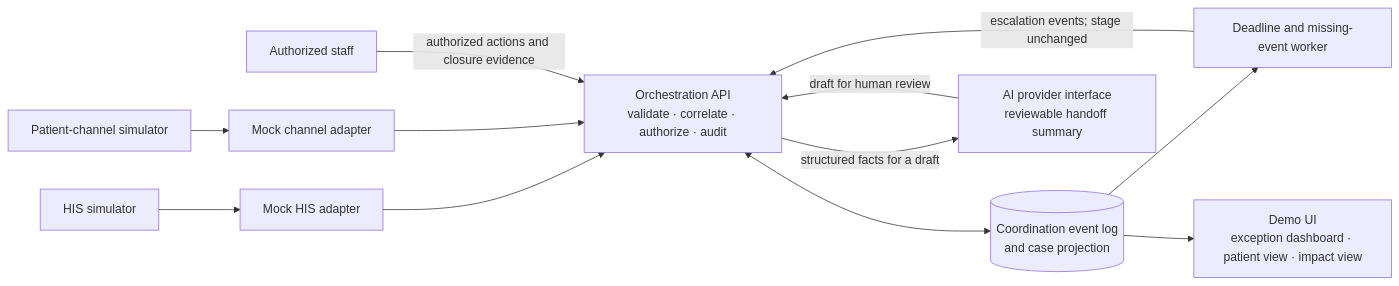
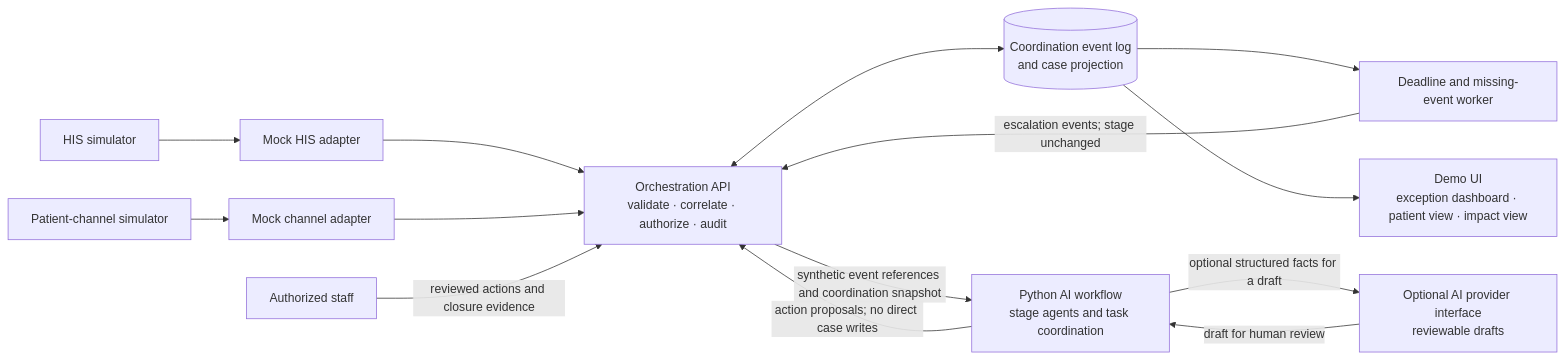
Before and after one commit to savannah-pulse/care-loop: the first of 2 diagrams in docs/architecture.md, drawn with Mermaid. The commit also changed other lines of this file and 34 other files, not shown here.

First line of the commit message:
Add Python AI workflow scaffold

````diff
--- a/docs/architecture.md
+++ b/docs/architecture.md
@@ -11,23 +11,26 @@
 ```mermaid
 flowchart LR
     HIS[HIS simulator]
     CHANNEL[Patient-channel simulator]
     HISADAPTER[Mock HIS adapter]
     CHANNELADAPTER[Mock channel adapter]
     API[Orchestration API<br/>validate · correlate · authorize · audit]
     STORE[(Coordination event log<br/>and case projection)]
     WORKER[Deadline and missing-event worker]
     UI[Demo UI<br/>exception dashboard · patient view · impact view]
-    AI[AI provider interface<br/>reviewable handoff summary]
+    AIWORKFLOW[Python AI workflow<br/>stage agents and task coordination]
+    AIPROVIDER[Optional AI provider interface<br/>reviewable drafts]
     HUMAN[Authorized staff]
 
     HIS --> HISADAPTER --> API
     CHANNEL --> CHANNELADAPTER --> API
     API <--> STORE
     STORE --> WORKER
     WORKER -->|escalation events; stage unchanged| API
     STORE --> UI
-    HUMAN -->|authorized actions and closure evidence| API
-    API -->|structured facts for a draft| AI
-    AI -->|draft for human review| API
+    HUMAN -->|reviewed actions and closure evidence| API
+    API -->|synthetic event references and coordination snapshot| AIWORKFLOW
+    AIWORKFLOW -->|action proposals; no direct case writes| API
+    AIWORKFLOW -->|optional structured facts for a draft| AIPROVIDER
+    AIPROVIDER -->|draft for human review| AIWORKFLOW
 ```
````
